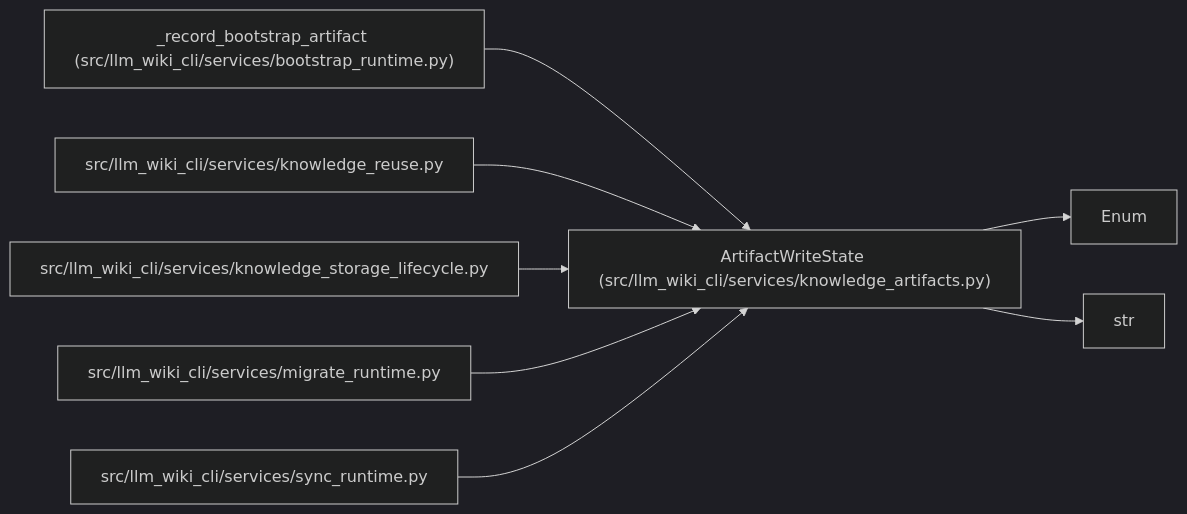
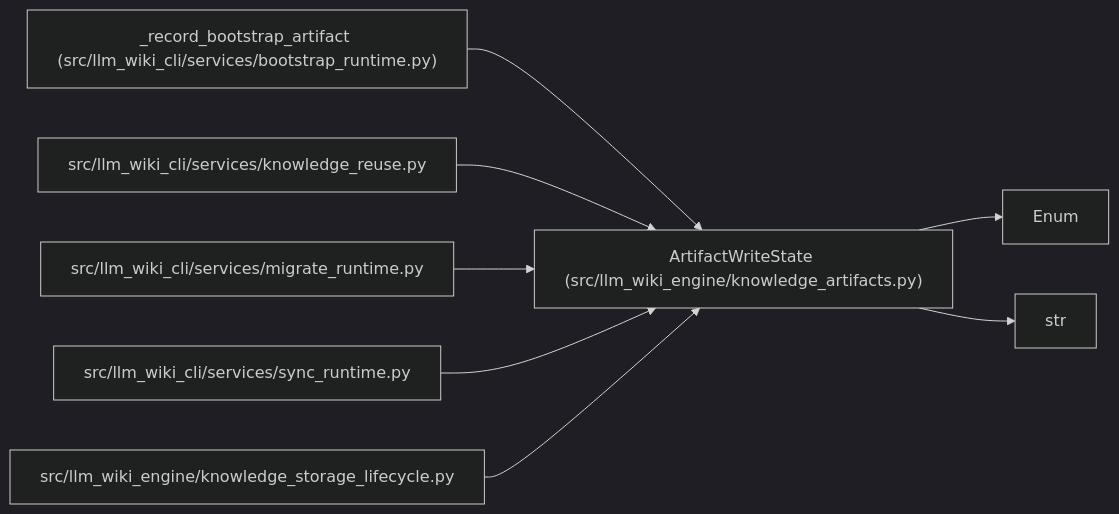
One commit to Denissvgn/python-wiki-llm changed the diagram in docs/llm_wiki/entities/ArtifactWriteState.md. Above: the diagram before and after it, drawn with Mermaid (dark theme). The commit also changed other lines of this file and 1058 other files, not shown here.

First line of the commit message:
docs: refresh the wiki for the knowledge store move

````diff
--- a/docs/llm_wiki/entities/ArtifactWriteState.md
+++ b/docs/llm_wiki/entities/ArtifactWriteState.md
@@ -27,24 +27,24 @@
 ```mermaid
 flowchart LR
-    n0["ArtifactWriteState (src/llm_wiki_cli/services/knowledge_artifacts.py)"]
+    n0["ArtifactWriteState (src/llm_wiki_engine/knowledge_artifacts.py)"]
     n1["Enum"]
     n2["str"]
     n3["_record_bootstrap_artifact (src/llm_wiki_cli/services/bootstrap_runtime.py)"]
     n4["src/llm_wiki_cli/services/knowledge_reuse.py"]
-    n5["src/llm_wiki_cli/services/knowledge_storage_lifecycle.py"]
-    n6["src/llm_wiki_cli/services/migrate_runtime.py"]
-    n7["src/llm_wiki_cli/services/sync_runtime.py"]
+    n5["src/llm_wiki_cli/services/migrate_runtime.py"]
+    n6["src/llm_wiki_cli/services/sync_runtime.py"]
+    n7["src/llm_wiki_engine/knowledge_storage_lifecycle.py"]
     n0 --> n1
     n0 --> n2
     n3 --> n0
     n4 --> n0
     n5 --> n0
     n6 --> n0
     n7 --> n0
     click n0 "../modules/knowledge_artifacts.md"
     click n3 "../modules/bootstrap_runtime.md"
     click n4 "../modules/knowledge_reuse.md"
-    click n5 "../modules/knowledge_storage_lifecycle.md"
-    click n6 "../modules/migrate_runtime.md"
-    click n7 "../modules/sync_runtime.md"
+    click n5 "../modules/migrate_runtime.md"
+    click n6 "../modules/sync_runtime.md"
+    click n7 "../modules/knowledge_storage_lifecycle.md"
 ```
````
